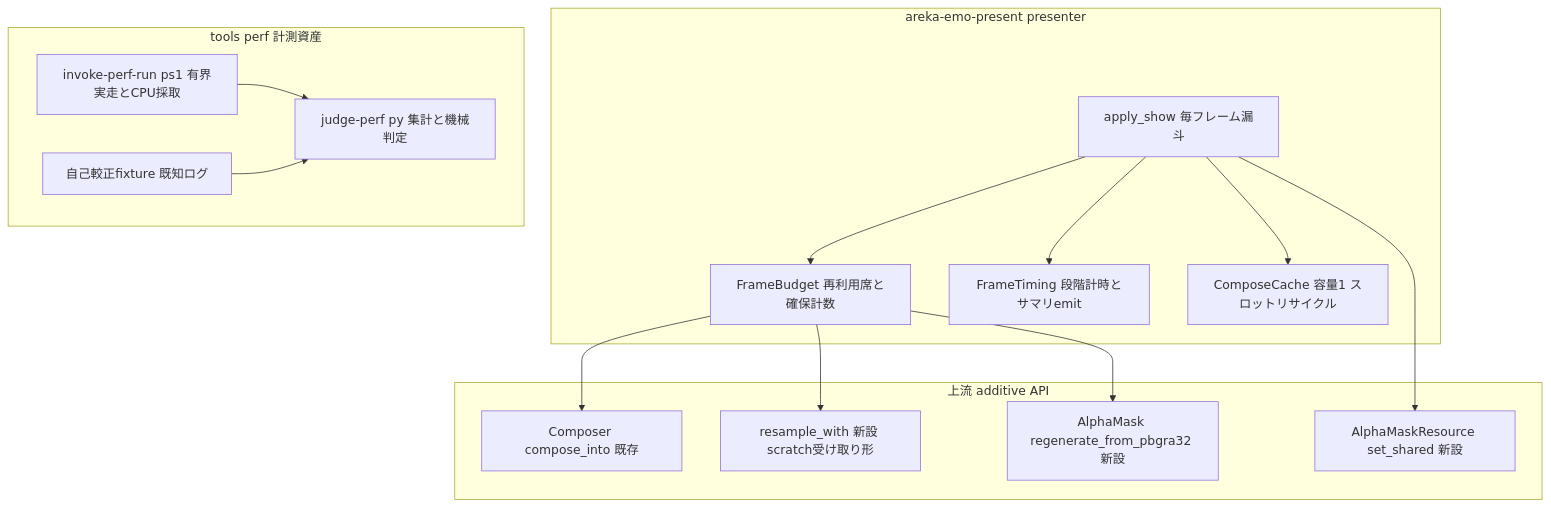
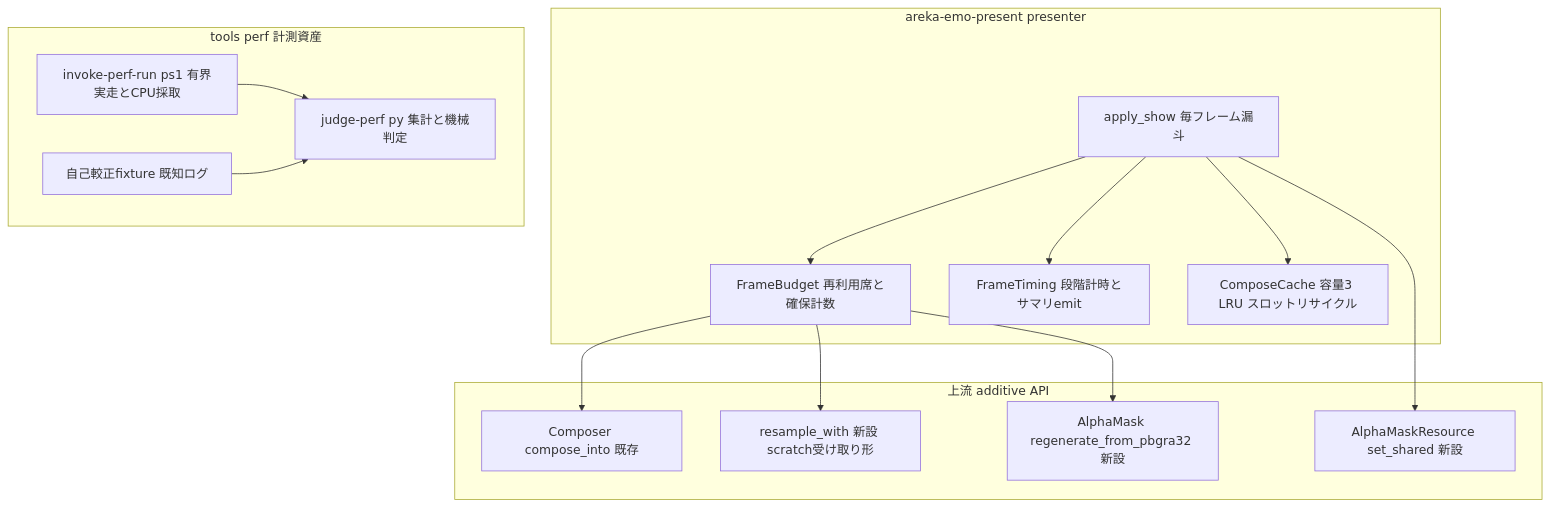
Before and after one commit to ekicyou/areka: the first of 3 diagrams in .kiro/specs/areka-P0-recompose-budget/design.md, drawn with Mermaid. The commit also changed other lines of this file and 26 other files, not shown here.

````diff
--- a/.kiro/specs/areka-P0-recompose-budget/design.md
+++ b/.kiro/specs/areka-P0-recompose-budget/design.md
@@ -84,29 +86,29 @@
 ```mermaid
 graph TB
     subgraph Presenter[areka-emo-present presenter]
         Show[apply_show 毎フレーム漏斗]
         Budget[FrameBudget 再利用席と確保計数]
         Timing[FrameTiming 段階計時とサマリemit]
-        Cache[ComposeCache 容量1 スロットリサイクル]
+        Cache[ComposeCache 容量3 LRU スロットリサイクル]
     end
     subgraph Upstream[上流 additive API]
         ComposeInto[Composer compose_into 既存]
         ResampleWith[resample_with 新設 scratch受け取り形]
         MaskRegen[AlphaMask regenerate_from_pbgra32 新設]
         MaskShare[AlphaMaskResource set_shared 新設]
     end
     subgraph Tools[tools perf 計測資産]
         Runner[invoke-perf-run ps1 有界実走とCPU採取]
         Judge[judge-perf py 集計と機械判定]
         Fixtures[自己較正fixture 既知ログ]
     end
     Show --> Timing
     Show --> Budget
     Show --> Cache
     Show --> MaskShare
     Budget --> ComposeInto
     Budget --> ResampleWith
     Budget --> MaskRegen
     Runner --> Judge
     Fixtures --> Judge
 ```
````
